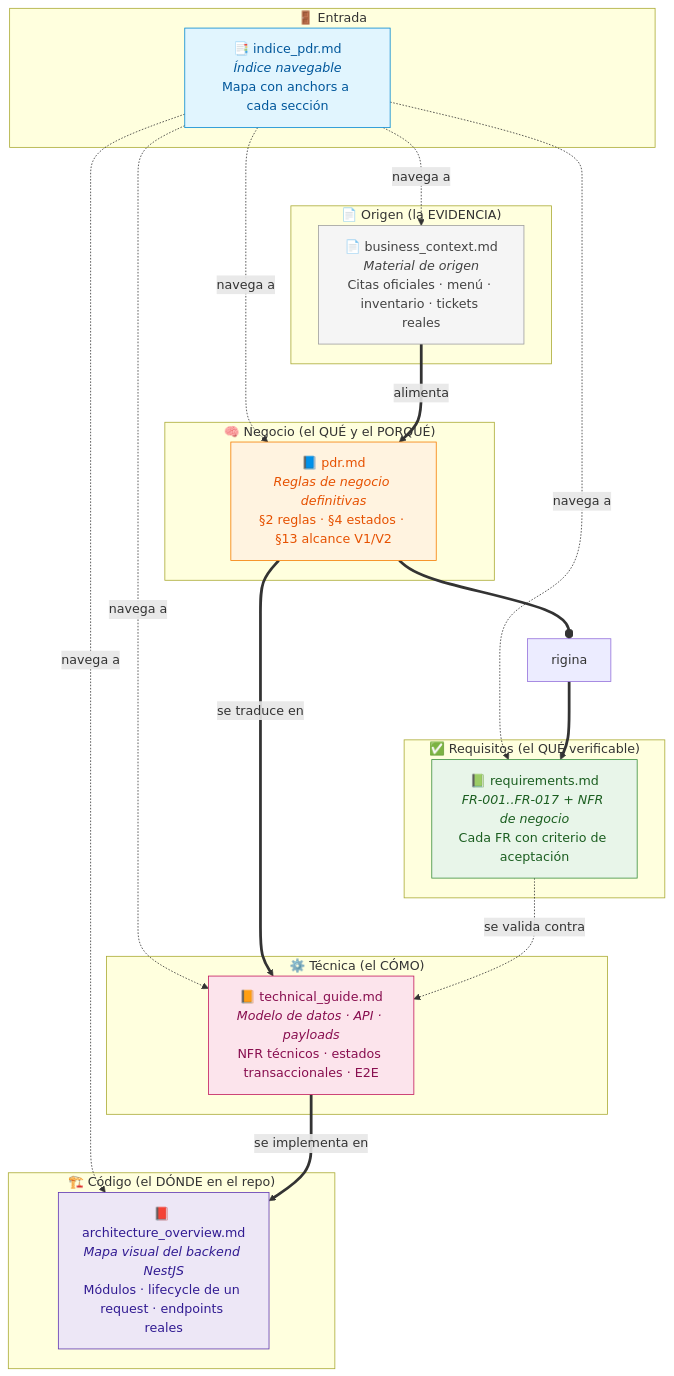
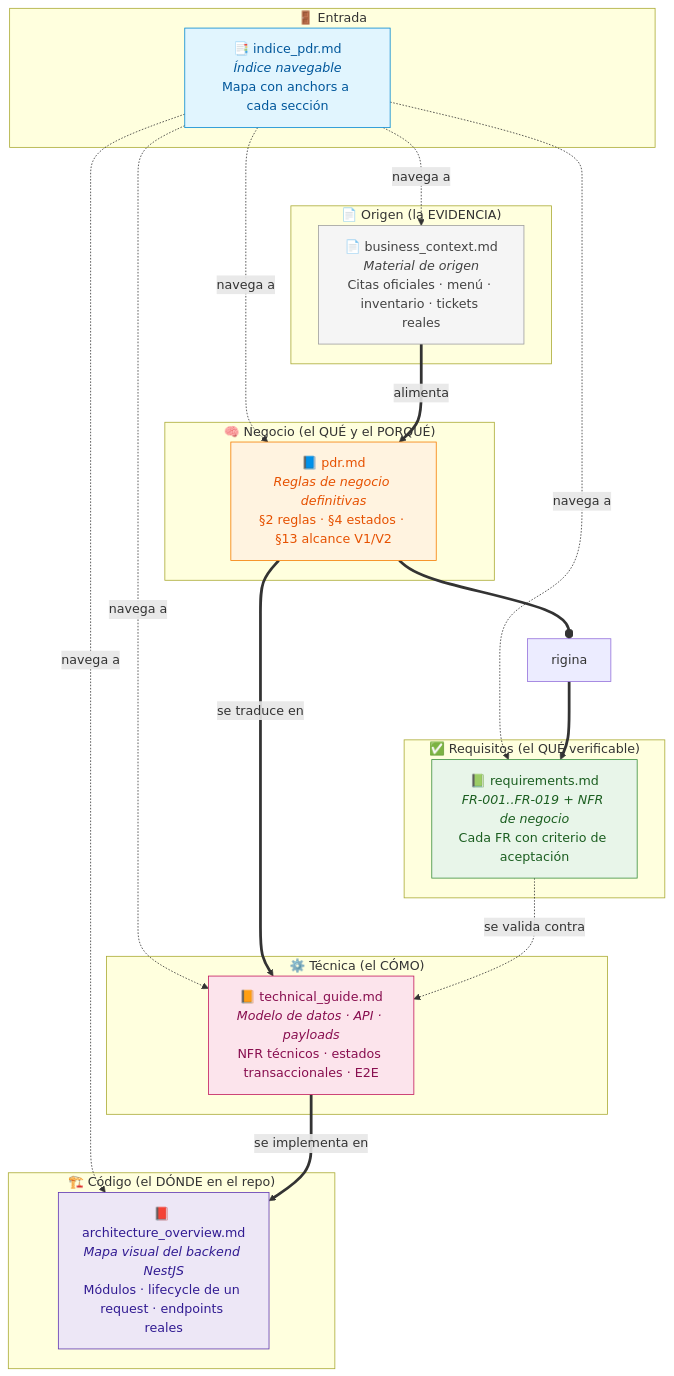
One commit to Santillan-Reyna-Ariel-Angel/wonderchicken-docs changed the first of 5 diagrams in docs/indice_pdr.md. Above: the diagram before and after it, drawn with Mermaid. The commit also changed other lines of this file and 4 other files, not shown here.

First line of the commit message:
docs: deduplicar guias y eliminar diagramas ER dibujados

````diff
--- a/docs/indice_pdr.md
+++ b/docs/indice_pdr.md
@@ -96,51 +67,51 @@
 ```mermaid
 flowchart TB
     subgraph entrada["🚪 Entrada"]
         IDX["📑 indice_pdr.md<br/><i>Índice navegable</i><br/>Mapa con anchors a cada sección"]
     end
 
     subgraph origen["📄 Origen (la EVIDENCIA)"]
         BC["📄 business_context.md<br/><i>Material de origen</i><br/>Citas oficiales · menú · inventario · tickets reales"]
     end
 
     subgraph negocio["🧠 Negocio (el QUÉ y el PORQUÉ)"]
         PDR["📘 pdr.md<br/><i>Reglas de negocio definitivas</i><br/>§2 reglas · §4 estados · §13 alcance V1/V2"]
     end
 
     subgraph requis["✅ Requisitos (el QUÉ verificable)"]
-        REQ["📗 requirements.md<br/><i>FR-001..FR-017 + NFR de negocio</i><br/>Cada FR con criterio de aceptación"]
+        REQ["📗 requirements.md<br/><i>FR-001..FR-019 + NFR de negocio</i><br/>Cada FR con criterio de aceptación"]
     end
 
     subgraph tecnica["⚙️ Técnica (el CÓMO)"]
         TECH["📙 technical_guide.md<br/><i>Modelo de datos · API · payloads</i><br/>NFR técnicos · estados transaccionales · E2E"]
     end
 
     subgraph codigo["🏗️ Código (el DÓNDE en el repo)"]
         ARCH["📕 architecture_overview.md<br/><i>Mapa visual del backend NestJS</i><br/>Módulos · lifecycle de un request · endpoints reales"]
     end
 
     IDX -.navega a.-> BC
     IDX -.navega a.-> PDR
     IDX -.navega a.-> REQ
     IDX -.navega a.-> TECH
     IDX -.navega a.-> ARCH
 
     BC ==alimenta==> PDR
     PDR ==origina==> REQ
     PDR ==se traduce en==> TECH
     REQ -.se valida contra.-> TECH
     TECH ==se implementa en==> ARCH
 
     classDef idx fill:#e1f5fe,stroke:#0288d1,color:#01579b
     classDef bc fill:#f5f5f5,stroke:#9e9e9e,color:#424242
     classDef pdr fill:#fff3e0,stroke:#f57c00,color:#e65100
     classDef req fill:#e8f5e9,stroke:#388e3c,color:#1b5e20
     classDef tech fill:#fce4ec,stroke:#c2185b,color:#880e4f
     classDef arch fill:#ede7f6,stroke:#5e35b1,color:#311b92
     class IDX idx
     class BC bc
     class PDR pdr
     class REQ req
     class TECH tech
     class ARCH arch
 ```
````
